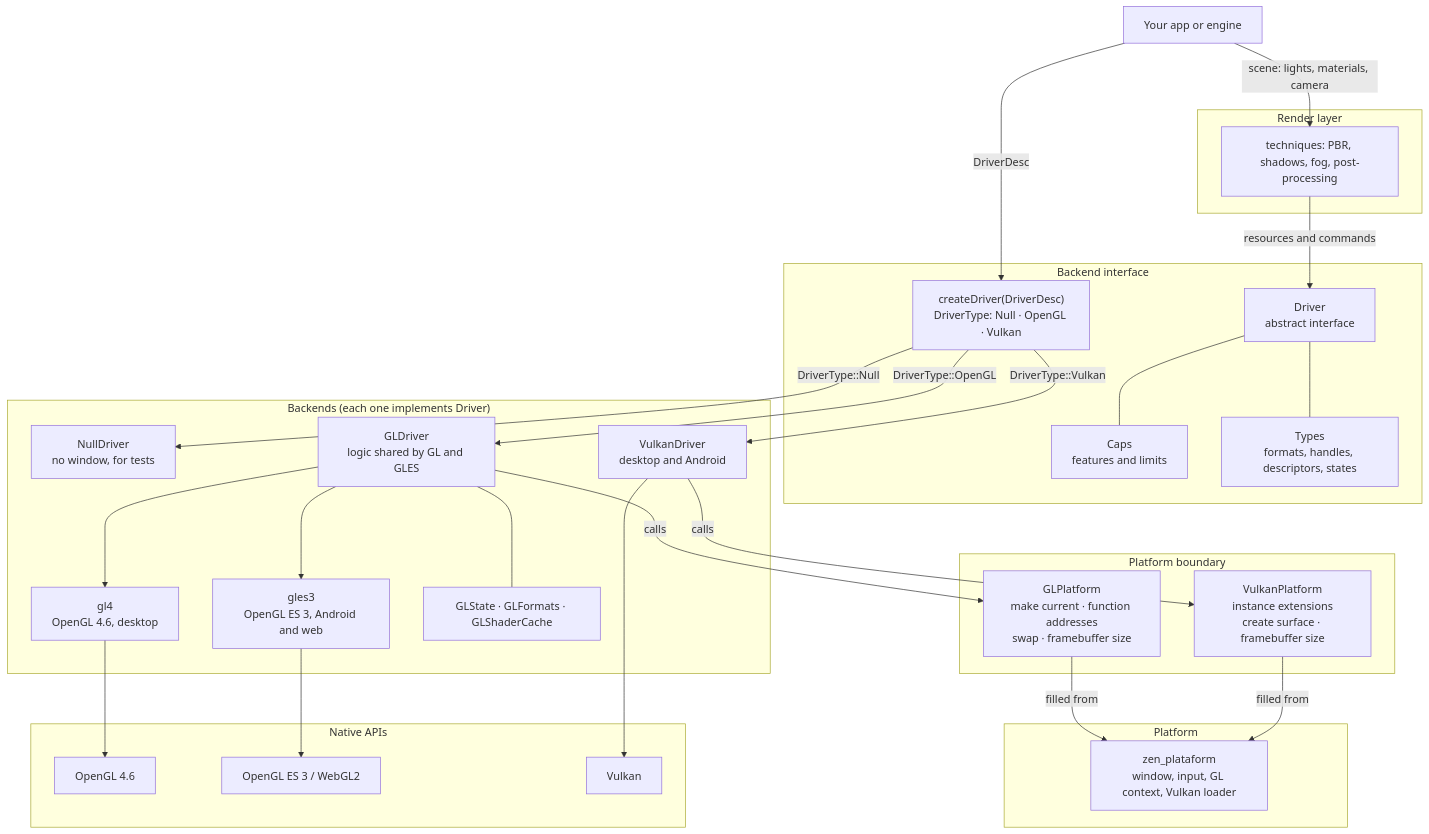
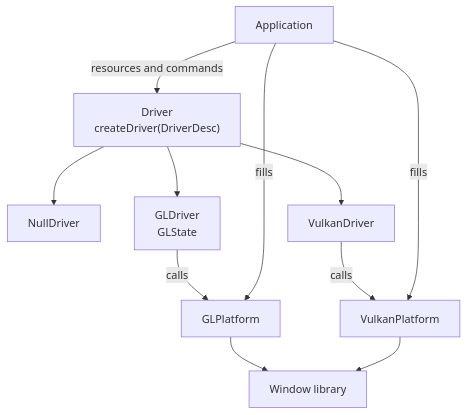
One commit to akadjoker/prisma changed the diagram in README.md. Above: the diagram before and after it, drawn with Mermaid. The commit also changed other lines of this file and 1 other file, not shown here.

Commit message:
README rewritten as a project page (features, backends, build, samples, layout, architecture, dependencies); MIT licence added

````diff
--- a/README.md
+++ b/README.md
@@ -9,62 +72,22 @@
 ```mermaid
 flowchart TB
-    APP["Your app or engine"]
+    APP["Application"]
+    DRIVER["Driver<br/>createDriver(DriverDesc)"]
+    NULLD["NullDriver"]
+    GLD["GLDriver<br/>GLState"]
+    VKD["VulkanDriver"]
+    GLP["GLPlatform"]
+    VKP["VulkanPlatform"]
+    WIN["Window library"]
 
-    subgraph Render["Render layer"]
-        TECH["techniques: PBR, shadows, fog, post-processing"]
-    end
-
-    subgraph RHI["Backend interface"]
-        CREATE["createDriver(DriverDesc)<br/>DriverType: Null · OpenGL · Vulkan"]
-        DRV["Driver<br/>abstract interface"]
-        CAPS["Caps<br/>features and limits"]
-        TYPES["Types<br/>formats, handles, descriptors, states"]
-    end
-
-    subgraph Backends["Backends (each one implements Driver)"]
-        NULLD["NullDriver<br/>no window, for tests"]
-        GLD["GLDriver<br/>logic shared by GL and GLES"]
-        GL4["gl4<br/>OpenGL 4.6, desktop"]
-        GLES3["gles3<br/>OpenGL ES 3, Android and web"]
-        GLST["GLState · GLFormats · GLShaderCache"]
-        VKD["VulkanDriver<br/>desktop and Android"]
-    end
-
-    subgraph Boundary["Platform boundary"]
-        GLP["GLPlatform<br/>make current · function addresses<br/>swap · framebuffer size"]
-        VKP["VulkanPlatform<br/>instance extensions<br/>create surface · framebuffer size"]
-    end
-
-    subgraph Platform["Platform"]
-        ZEN["zen_plataform<br/>window, input, GL context, Vulkan loader"]
-    end
-
-    subgraph Native["Native APIs"]
-        OGL["OpenGL 4.6"]
-        OGLES["OpenGL ES 3 / WebGL2"]
-        VK["Vulkan"]
-    end
-
-    APP -->|scene: lights, materials, camera| TECH
-    APP -->|DriverDesc| CREATE
-    TECH -->|resources and commands| DRV
-    DRV --- CAPS
-    DRV --- TYPES
-
-    CREATE -->|DriverType::Null| NULLD
-    CREATE -->|DriverType::OpenGL| GLD
-    CREATE -->|DriverType::Vulkan| VKD
-
-    GLD --> GL4
-    GLD --> GLES3
-    GLD --- GLST
-
+    APP -->|resources and commands| DRIVER
+    DRIVER --> NULLD
+    DRIVER --> GLD
+    DRIVER --> VKD
     GLD -->|calls| GLP
     VKD -->|calls| VKP
-    GLP -->|filled from| ZEN
-    VKP -->|filled from| ZEN
-
-    GL4 --> OGL
-    GLES3 --> OGLES
-    VKD --> VK
+    APP -->|fills| GLP
+    APP -->|fills| VKP
+    GLP --> WIN
+    VKP --> WIN
 ```
````
